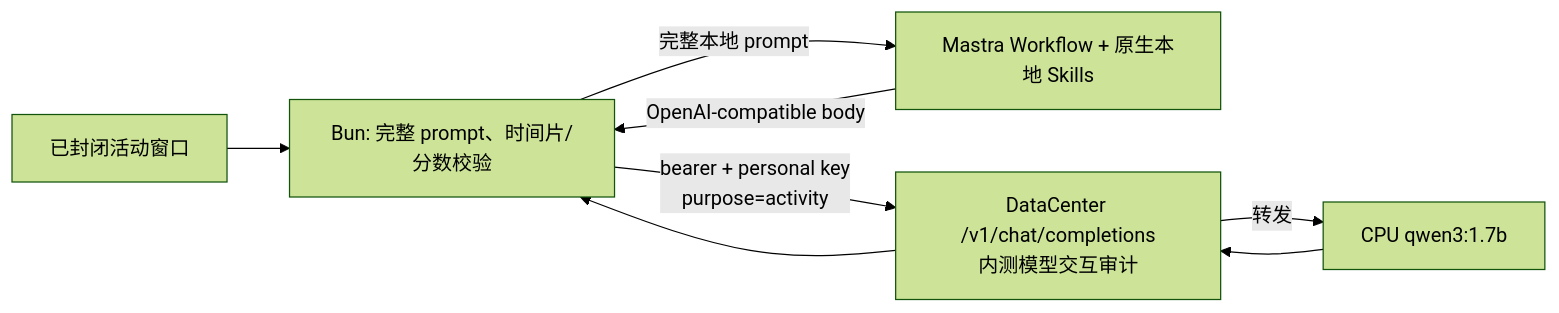
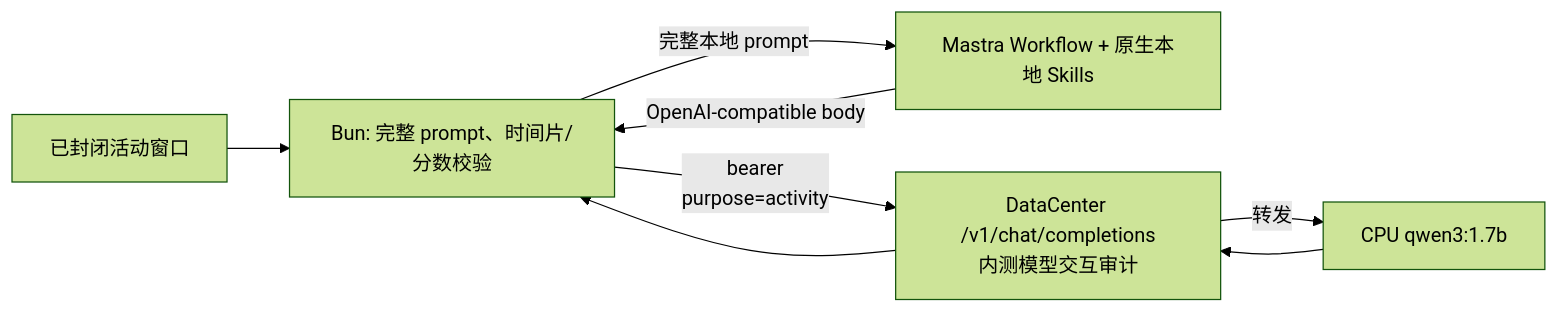
Before and after one commit to Sea-Go/Sea-WhaleHall: the second of 2 diagrams in docs/CONVERSATION_AGENT_INTEGRATION.md, drawn with Mermaid (forest theme). The commit also changed other lines of this file and 28 other files, not shown here.

````diff
--- a/docs/CONVERSATION_AGENT_INTEGRATION.md
+++ b/docs/CONVERSATION_AGENT_INTEGRATION.md
@@ -23,9 +23,9 @@
 ```mermaid
 flowchart LR
   Window["已封闭活动窗口"] --> Bridge["Bun: 完整 prompt、时间片/分数校验"]
   Bridge -->|"完整本地 prompt"| Sidecar["Mastra Workflow + 原生本地 Skills"]
   Sidecar -->|"OpenAI-compatible body"| Bridge
-  Bridge -->|"bearer + personal key\npurpose=activity"| DataCenter["DataCenter /v1/chat/completions\n内测模型交互审计"]
+  Bridge -->|"bearer\npurpose=activity"| DataCenter["DataCenter /v1/chat/completions\n内测模型交互审计"]
   DataCenter -->|"转发"| Qwen["CPU qwen3:1.7b"]
   Qwen --> DataCenter --> Bridge
 ```
````
